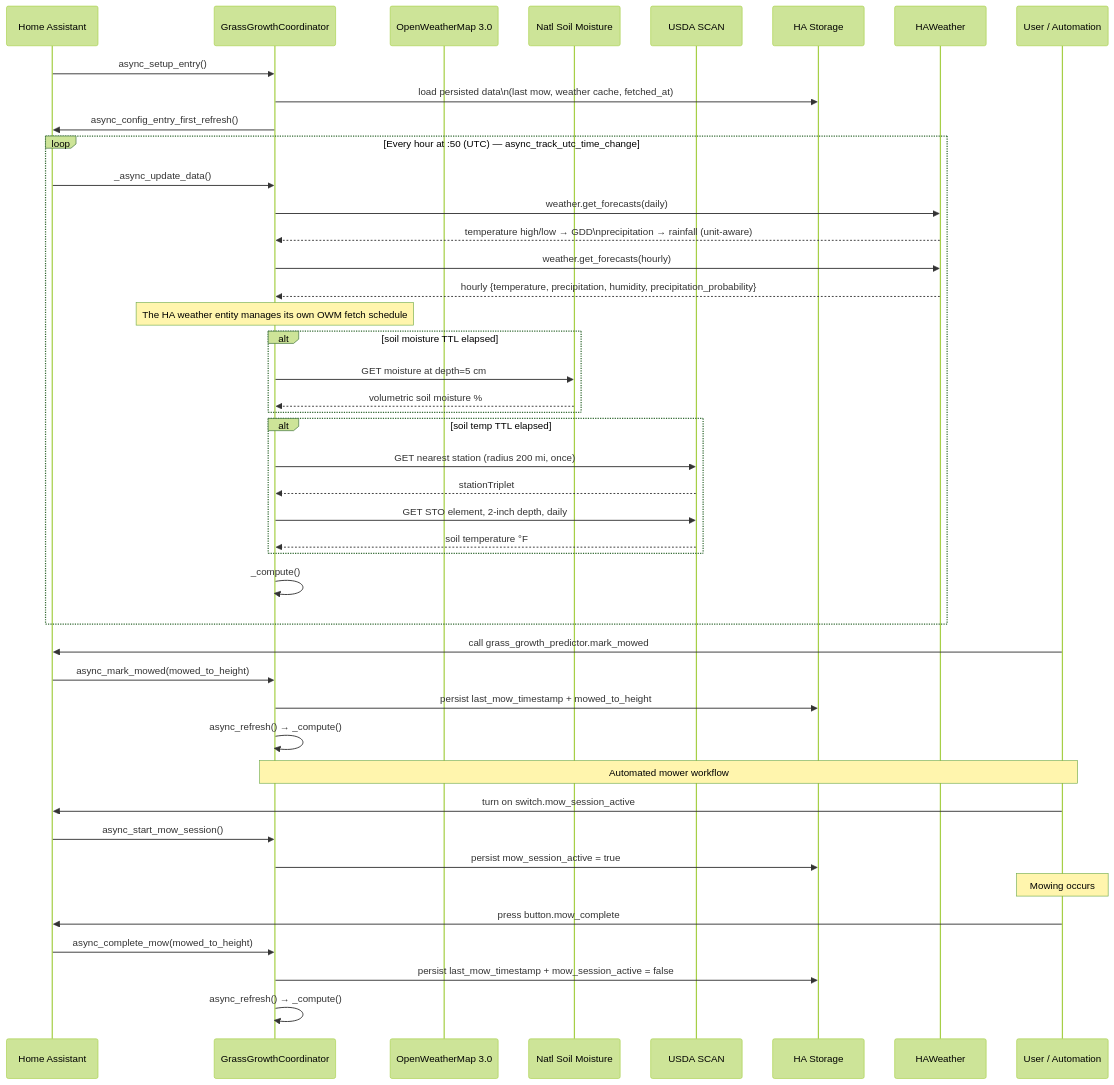
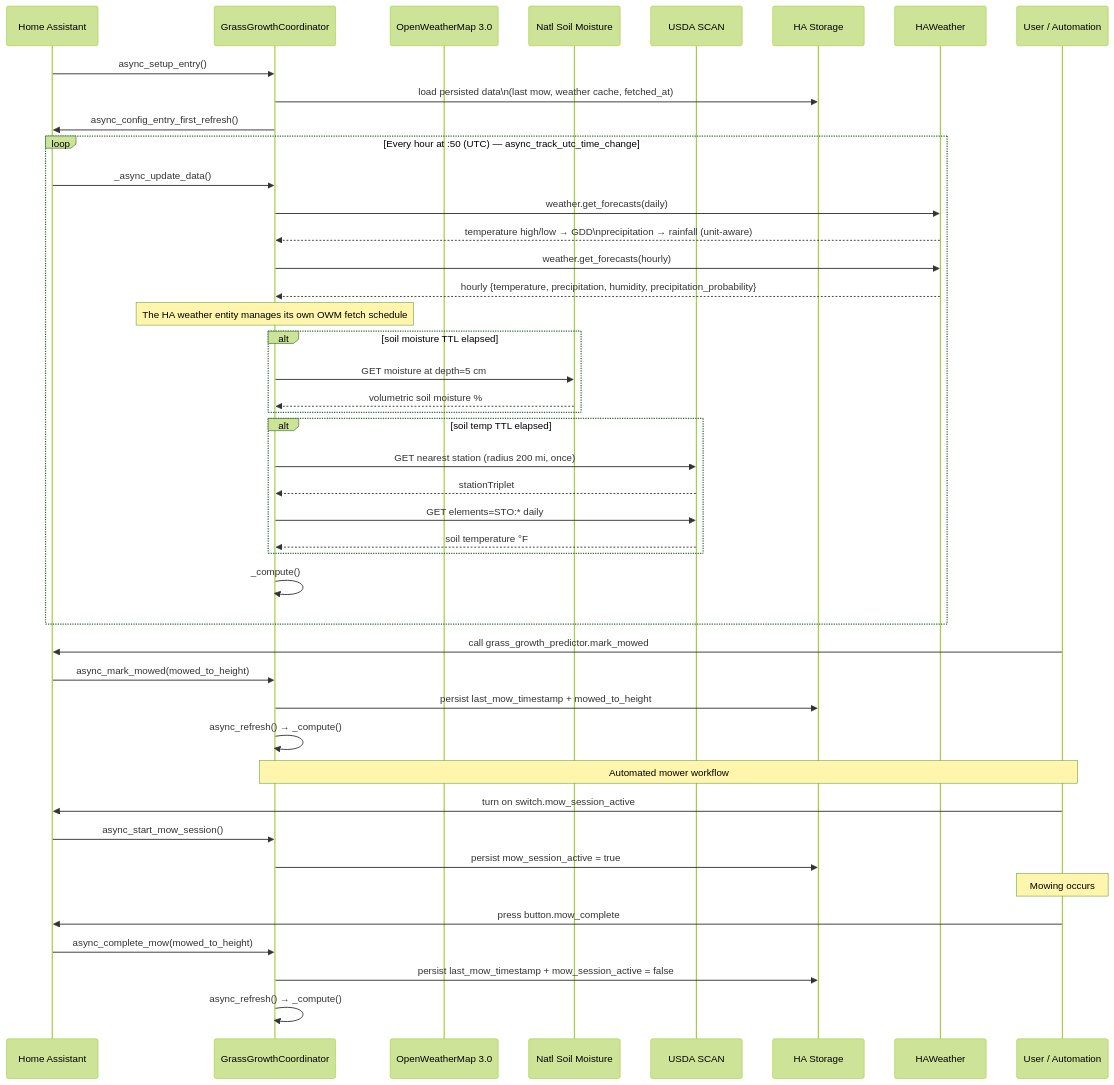
Before and after one commit to seanmahrt/hacs_grass_estimator: the second of 3 diagrams in ARCHITECTURE.md, drawn with Mermaid (forest theme). The commit also changed other lines of this file and 4 other files, not shown here.

````diff
--- a/ARCHITECTURE.md
+++ b/ARCHITECTURE.md
@@ -128,49 +132,49 @@
 ```mermaid
 sequenceDiagram
     participant HA as Home Assistant
     participant Coord as GrassGrowthCoordinator
     participant OWM as OpenWeatherMap 3.0
     participant NSM as Natl Soil Moisture
     participant SCAN as USDA SCAN
     participant Store as HA Storage
 
     HA->>Coord: async_setup_entry()
     Coord->>Store: load persisted data\n(last mow, weather cache, fetched_at)
     Coord->>HA: async_config_entry_first_refresh()
 
     loop Every hour at :50 (UTC) — async_track_utc_time_change
         HA->>Coord: _async_update_data()
         Coord->>HAWeather: weather.get_forecasts(daily)
         HAWeather-->>Coord: temperature high/low → GDD\nprecipitation → rainfall (unit-aware)
         Coord->>HAWeather: weather.get_forecasts(hourly)
         HAWeather-->>Coord: hourly {temperature, precipitation, humidity, precipitation_probability}
         note over Coord: The HA weather entity manages its own OWM fetch schedule
         alt soil moisture TTL elapsed
             Coord->>NSM: GET moisture at depth=5 cm
             NSM-->>Coord: volumetric soil moisture %
         end
         alt soil temp TTL elapsed
             Coord->>SCAN: GET nearest station (radius 200 mi, once)
             SCAN-->>Coord: stationTriplet
-            Coord->>SCAN: GET STO element, 2-inch depth, daily
+            Coord->>SCAN: GET elements=STO:* daily
             SCAN-->>Coord: soil temperature °F
         end
         Coord->>Coord: _compute()
     end
 
     participant User as User / Automation
     User->>HA: call grass_growth_predictor.mark_mowed
     HA->>Coord: async_mark_mowed(mowed_to_height)
     Coord->>Store: persist last_mow_timestamp + mowed_to_height
     Coord->>Coord: async_refresh() → _compute()
 
     note over User,Coord: Automated mower workflow
     User->>HA: turn on switch.mow_session_active
     HA->>Coord: async_start_mow_session()
     Coord->>Store: persist mow_session_active = true
     note over User: Mowing occurs
     User->>HA: press button.mow_complete
     HA->>Coord: async_complete_mow(mowed_to_height)
     Coord->>Store: persist last_mow_timestamp + mow_session_active = false
     Coord->>Coord: async_refresh() → _compute()
 ```
````
